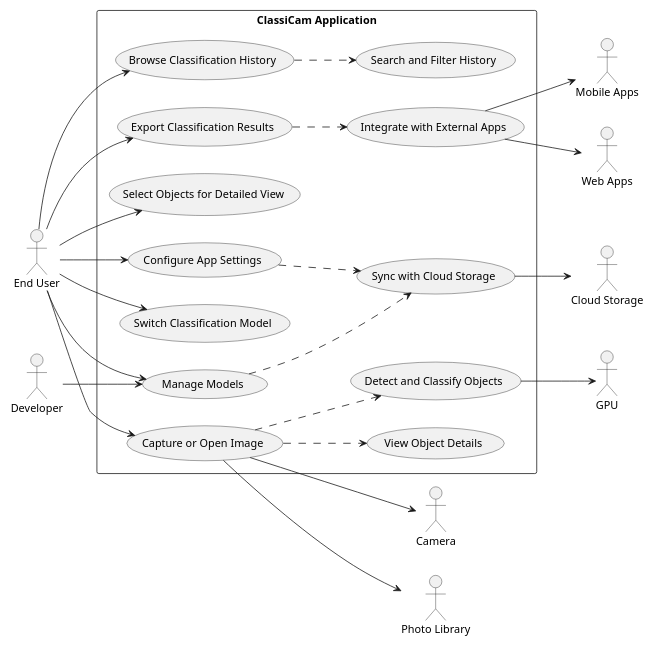
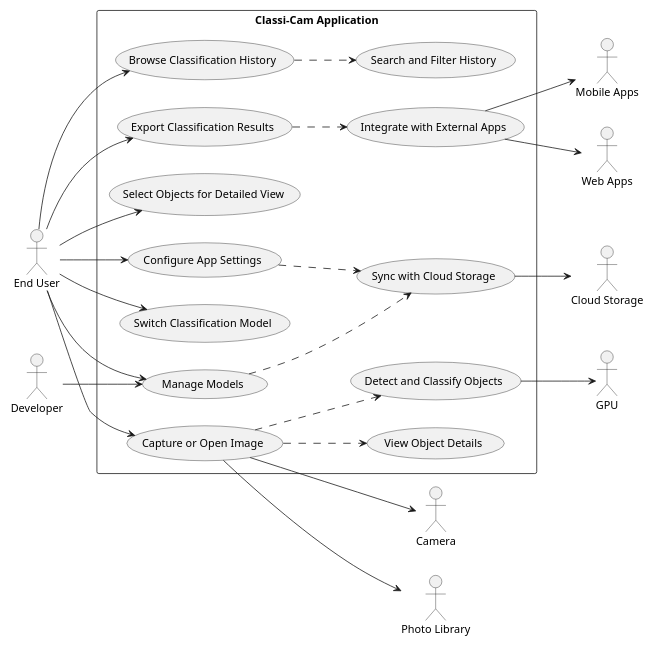
One commit to glwagnerii/sweng-894-capstone changed the diagram in docs/architecture/md/2.3-functions.md. Above: the diagram before and after it, drawn with PlantUML. The commit also changed other lines of this file and 10 other files, not shown here.

Commit message:
revised all to Classi-Cam

````diff
--- a/docs/architecture/md/2.3-functions.md
+++ b/docs/architecture/md/2.3-functions.md
@@ -55,55 +55,55 @@
 ```puml
 @startuml
 left to right direction
 scale 600 width
 
 actor "End User" as eu
 actor "Developer" as dev
 
-rectangle "ClassiCam Application" {
+rectangle "Classi-Cam Application" {
     usecase "Capture or Open Image" as uc1
     usecase "Detect and Classify Objects" as uc2
     usecase "Select Objects for Detailed View" as uc3
     usecase "View Object Details" as uc4
     usecase "Browse Classification History" as uc5
     usecase "Manage Models" as uc6
     usecase "Switch Classification Model" as uc7
     usecase "Integrate with External Apps" as uc8
     usecase "Sync with Cloud Storage" as uc9
     usecase "Export Classification Results" as uc10
     usecase "Search and Filter History" as uc11
     usecase "Configure App Settings" as uc12
 }
 
 eu --> uc1
 eu --> uc3
 eu --> uc5
 eu --> uc6
 eu --> uc7
 eu --> uc12
 eu --> uc10
 dev --> uc6
 
 actor "Camera" as camera
 actor "Photo Library" as lib
 actor "GPU" as gpu
 actor "Cloud Storage" as cloud
 actor "Mobile Apps" as app
 actor "Web Apps" as web
 
 uc1 --> camera
 uc1 --> lib
 uc2 --> gpu
 uc9 --> cloud
 uc8 --> app
 uc8 --> web
 
 uc10 ..> uc8
 uc1 ..> uc2
 uc1 ..> uc4
 uc6 ..> uc9
 uc12 ..> uc9
 uc5 ..> uc11
 
 @enduml
 ```
````
